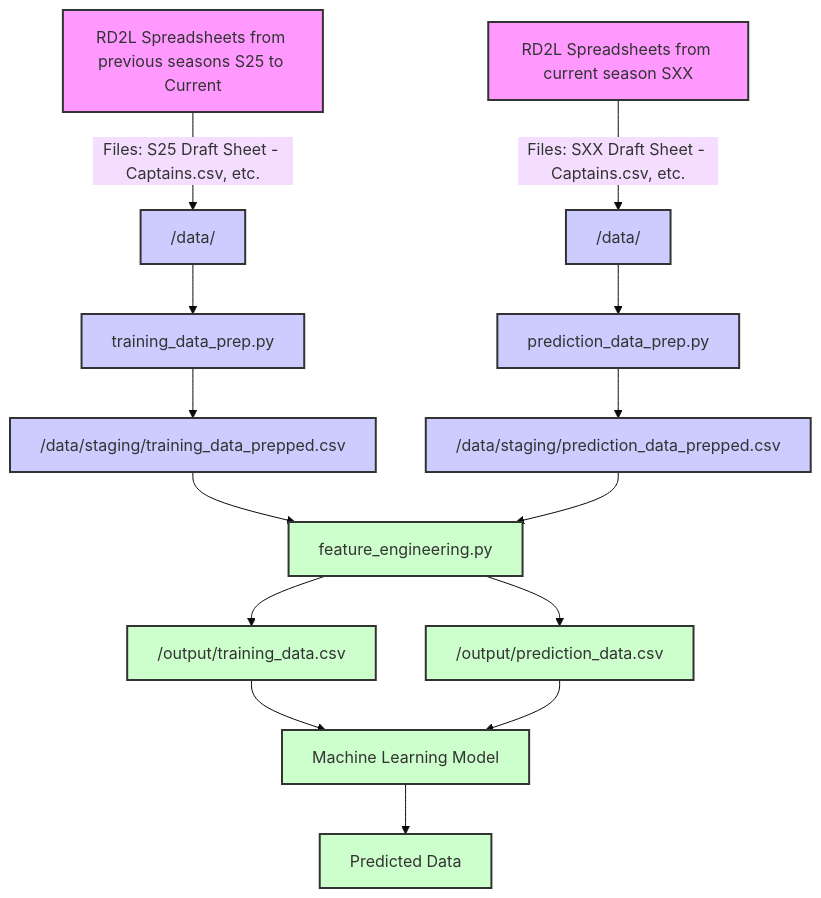
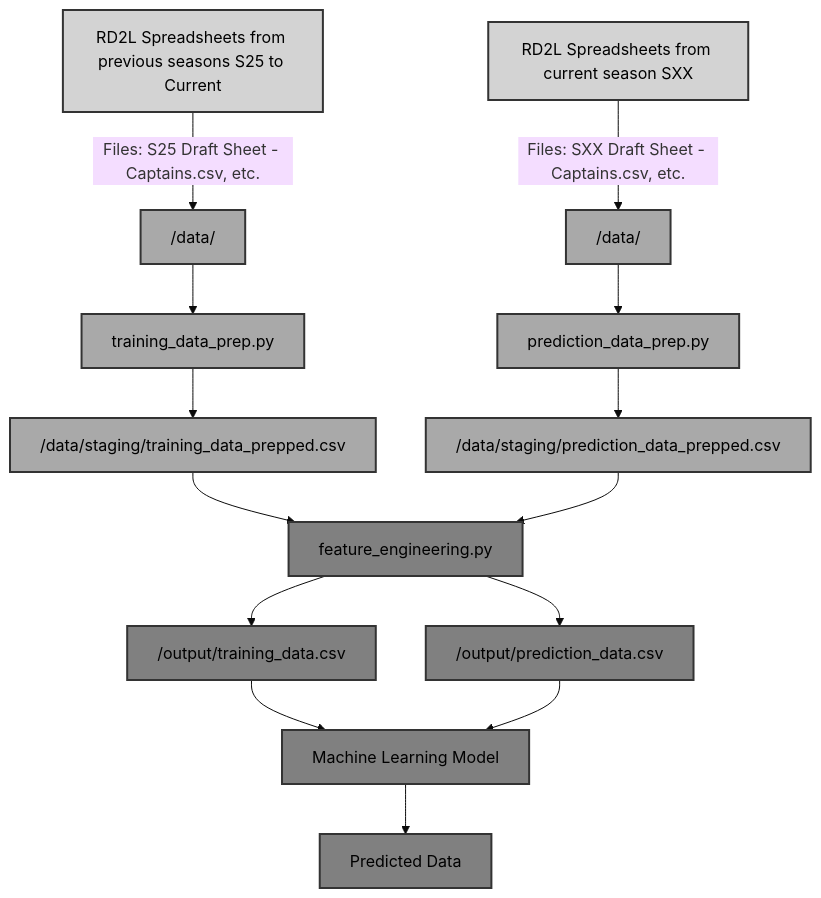
The diagram in README.md (nick-leland/rd2l_pred), drawn with Mermaid (base theme) before and after one commit.

Commit message:
Changed coloring on mermaid graph within README.md

````diff
--- a/README.md
+++ b/README.md
@@ -74,29 +74,29 @@
 ```mermaid
 graph TD
     A["RD2L Spreadsheets from previous seasons S25 to Current"] -->|Files: S25 Draft Sheet - Captains.csv, etc.| B["/data/"]
     A1["RD2L Spreadsheets from current season SXX"] -->|Files: SXX Draft Sheet - Captains.csv, etc.| B1["/data/"]
 
     B --> C["training_data_prep.py"]
     B1 --> C1["prediction_data_prep.py"]
 
     C --> D["/data/staging/training_data_prepped.csv"]
     C1 --> D1["/data/staging/prediction_data_prepped.csv"]
 
     D --> E["feature_engineering.py"]
     D1 --> E
 
     E --> F["/output/training_data.csv"]
     E --> F1["/output/prediction_data.csv"]
 
     F --> G["Machine Learning Model"]
     F1 --> G
 
     G --> H["Predicted Data"]
 
-    classDef files fill:#f9f,stroke:#333,stroke-width:2px;
+    classDef files fill:#d3d3d3,stroke:#333,stroke-width:2px, color:black;
     class A,A1 files
-    classDef data fill:#ccf,stroke:#333,stroke-width:2px;
+    classDef data fill:#a9a9a9,stroke:#333,stroke-width:2px, color:black;
     class B,B1,C,C1,D,D1 data
-    classDef process fill:#cfc,stroke:#333,stroke-width:2px;
+    classDef process fill:#808080,stroke:#333,stroke-width:2px, color:black;
     class E,F,F1,G,H process
 ```
````
